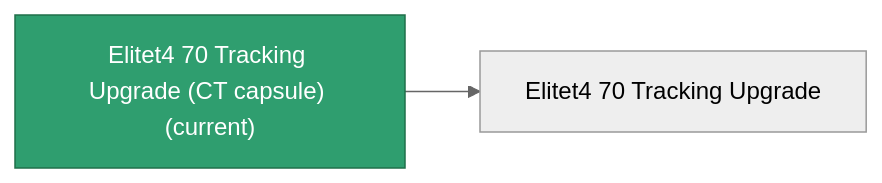
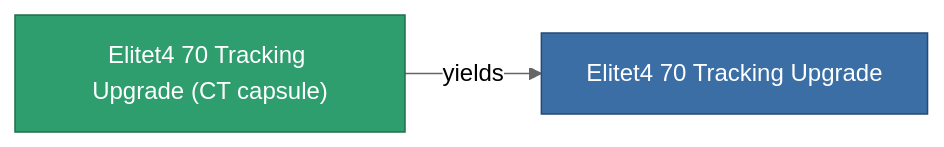
The diagram in content/content/items/elitet4_70_tracking_upgrade_CT_capsule.md (OpenPerpetuum/Wiki), drawn with Mermaid (neutral theme) before and after one commit. The commit also changed other lines of this file and 2015 other files, not shown here.

````diff
--- a/content/content/items/elitet4_70_tracking_upgrade_CT_capsule.md
+++ b/content/content/items/elitet4_70_tracking_upgrade_CT_capsule.md
@@ -33,8 +33,9 @@
 ```mermaid
 graph LR
-    a["Elitet4 70 Tracking Upgrade (CT capsule) (current)"]:::current
-    b["Elitet4 70 Tracking Upgrade"]
-    a --> b
-    click b "/content/items/elitet4-70-tracking-upgrade/" "Elitet4 70 Tracking Upgrade"
+    a["Elitet4 70 Tracking Upgrade (CT capsule)"]:::current
+    b["Elitet4 70 Tracking Upgrade"]:::finished
+    a -->|yields| b
+                click b "/content/items/elitet4-70-tracking-upgrade/" "Elitet4 70 Tracking Upgrade"
     classDef current fill:#2f9e6f,stroke:#1f6f4a,color:#ffffff
+    classDef finished fill:#3b6ea5,stroke:#274a75,color:#ffffff
 ```
````
